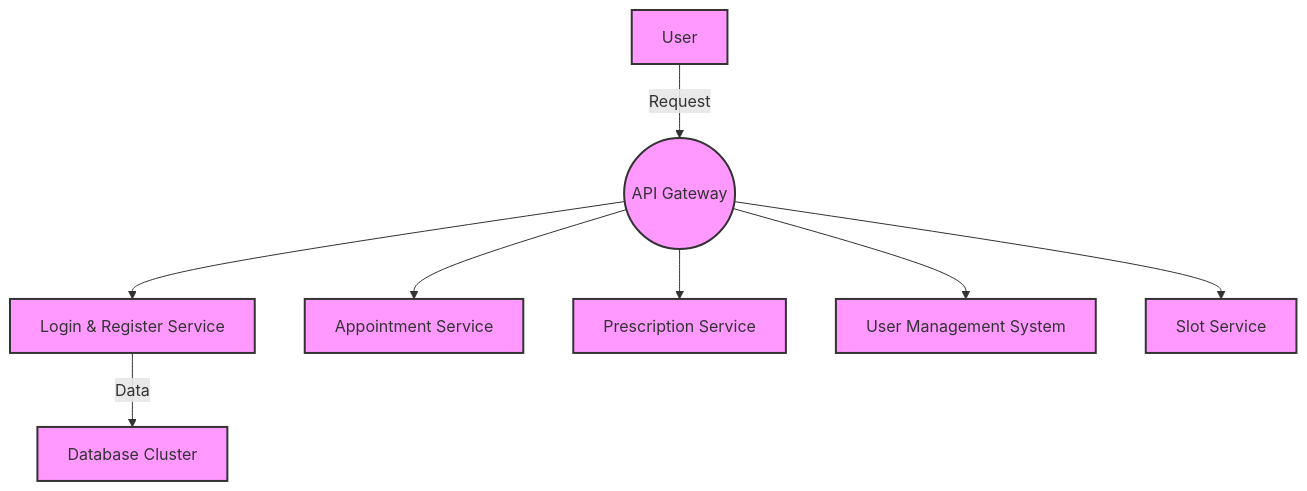
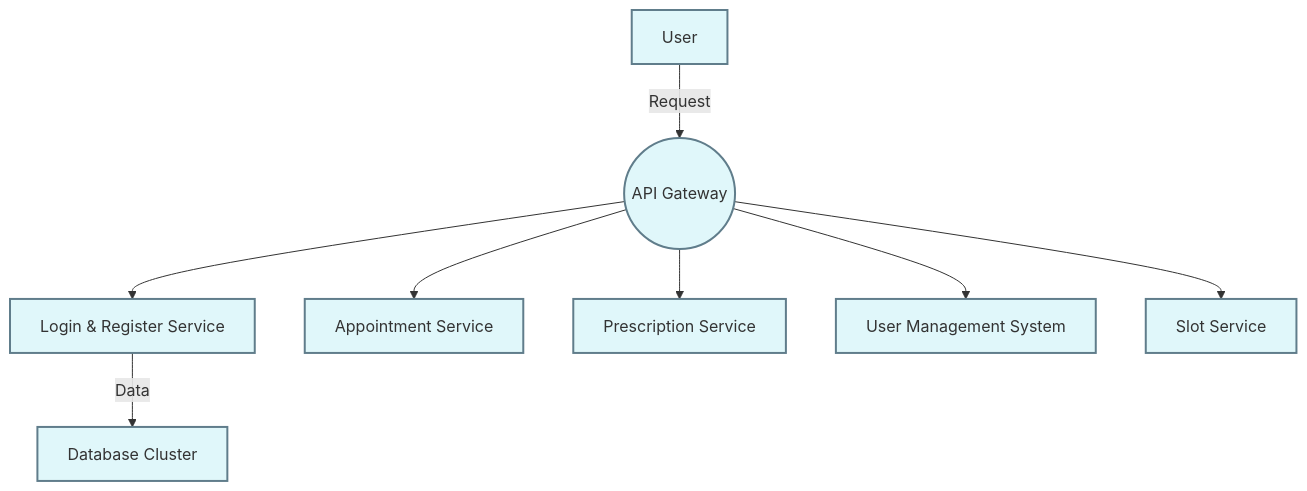
Before and after one commit to TeamVaidya/Vaidya: the diagram in README.md, drawn with Mermaid.

````diff
--- a/README.md
+++ b/README.md
@@ -18,11 +18,11 @@
 ```mermaid
 graph TD
   A[User] -->|Request| B((API Gateway))
   B --> C[Login & Register Service]
   B --> D[Appointment Service]
   B --> E[Prescription Service]
   B --> F[User Management System]
   B --> G[Slot Service]
   C -->|Data| H[Database Cluster]
-  classDef default fill:#f9f,stroke:#333,stroke-width:2px;;
+  classDef default fill:#e0f7fa,stroke:#607d8b,stroke-width:2px;
 ```
````
